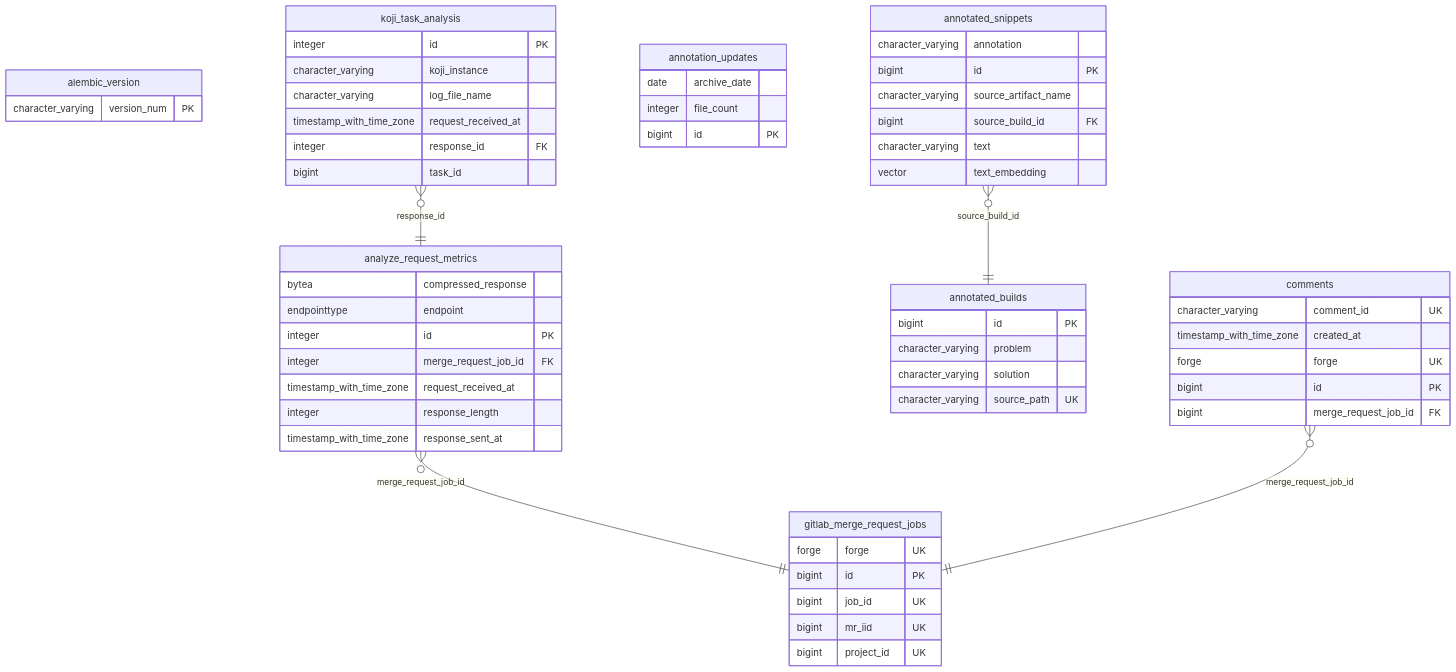
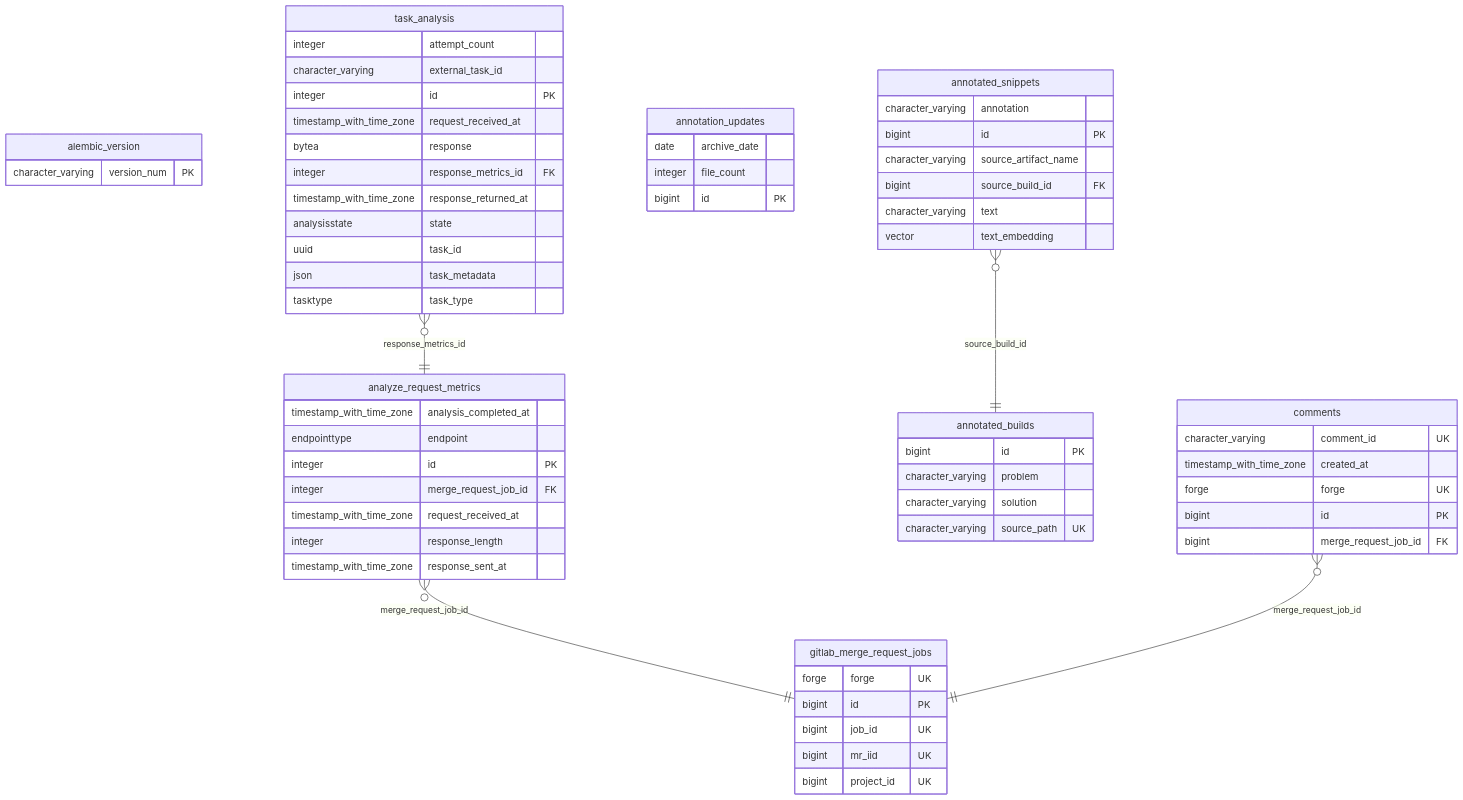
The diagram in alembic/er_diagram.md (fedora-copr/logdetective), drawn with Mermaid before and after one commit. The commit also changed 1 other file, not shown here.

Commit message:
Refresh diagrams for the newly revised schema

````diff
--- a/alembic/er_diagram.md
+++ b/alembic/er_diagram.md
@@ -2,68 +2,73 @@
 ```mermaid
 erDiagram
     alembic_version {
         character_varying version_num PK
     }
 
     analyze_request_metrics {
-        bytea compressed_response
+        timestamp_with_time_zone analysis_completed_at
         endpointtype endpoint
         integer id PK
         integer merge_request_job_id FK
         timestamp_with_time_zone request_received_at
         integer response_length
         timestamp_with_time_zone response_sent_at
     }
 
     annotated_builds {
         bigint id PK
         character_varying problem
         character_varying solution
         character_varying source_path UK
     }
 
     annotated_snippets {
         character_varying annotation
         bigint id PK
         character_varying source_artifact_name
         bigint source_build_id FK
         character_varying text
         vector text_embedding
     }
 
     annotation_updates {
         date archive_date
         integer file_count
         bigint id PK
     }
 
     comments {
         character_varying comment_id UK
         timestamp_with_time_zone created_at
         forge forge UK
         bigint id PK
         bigint merge_request_job_id FK
     }
 
     gitlab_merge_request_jobs {
         forge forge UK
         bigint id PK
         bigint job_id UK
         bigint mr_iid UK
         bigint project_id UK
     }
 
-    koji_task_analysis {
+    task_analysis {
+        integer attempt_count
+        character_varying external_task_id
         integer id PK
-        character_varying koji_instance
-        character_varying log_file_name
         timestamp_with_time_zone request_received_at
-        integer response_id FK
-        bigint task_id
+        bytea response
+        integer response_metrics_id FK
+        timestamp_with_time_zone response_returned_at
+        analysisstate state
+        uuid task_id
+        json task_metadata
+        tasktype task_type
     }
 
     analyze_request_metrics }o--|| gitlab_merge_request_jobs : "merge_request_job_id"
-    koji_task_analysis }o--|| analyze_request_metrics : "response_id"
+    task_analysis }o--|| analyze_request_metrics : "response_metrics_id"
     annotated_snippets }o--|| annotated_builds : "source_build_id"
     comments }o--|| gitlab_merge_request_jobs : "merge_request_job_id"
 ```
````
